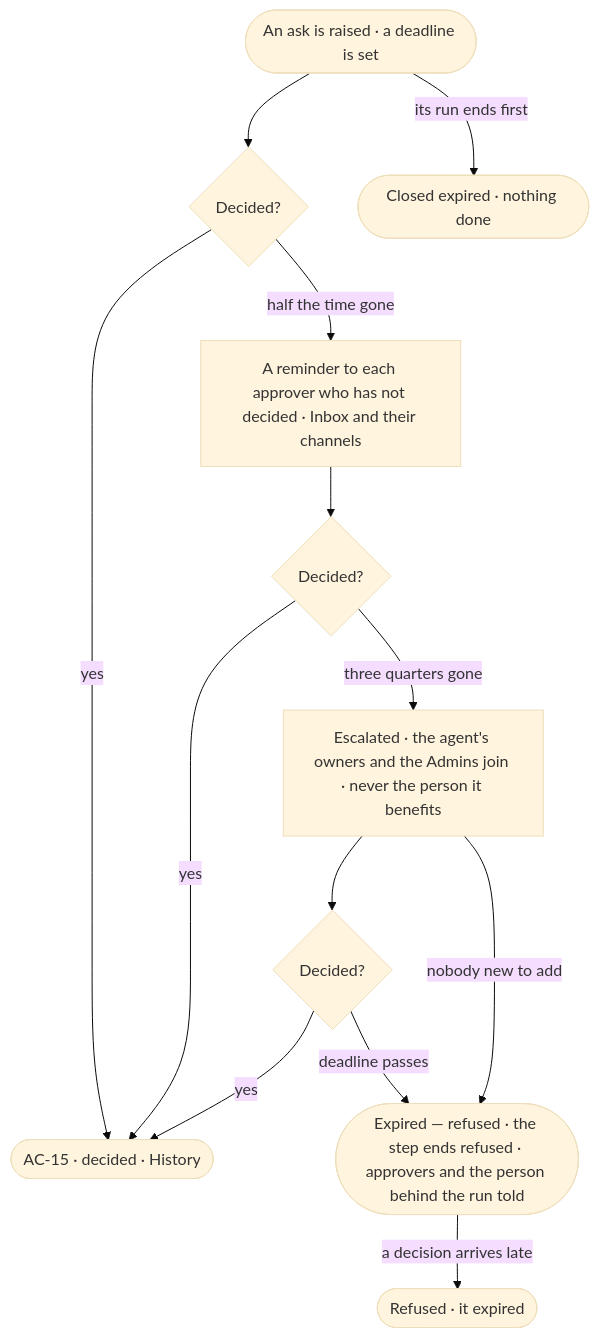
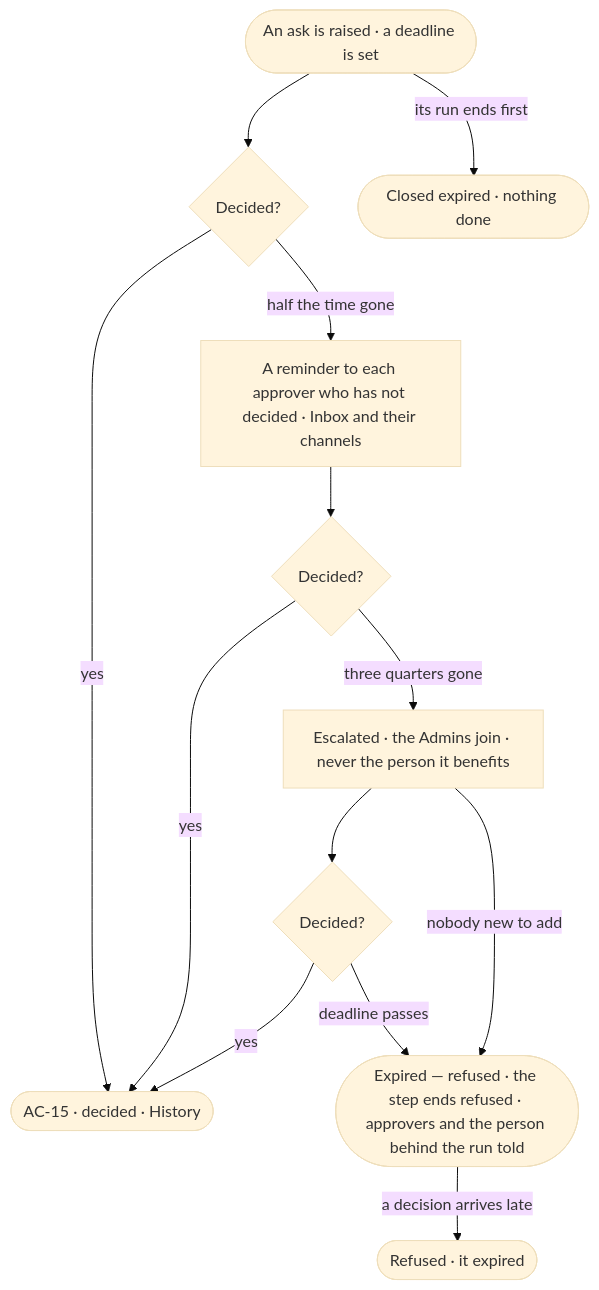
Before and after one commit to invana/invana: the diagram in specs/os/access/features/AC-F05-asks-and-approvals/stories/AC-32-an-unanswered-ask-reminds-escalates-and-expires/story.md, drawn with Mermaid (base theme). The commit also changed other lines of this file and 300 other files, not shown here.

````diff
--- a/specs/os/access/features/AC-F05-asks-and-approvals/stories/AC-32-an-unanswered-ask-reminds-escalates-and-expires/story.md
+++ b/specs/os/access/features/AC-F05-asks-and-approvals/stories/AC-32-an-unanswered-ask-reminds-escalates-and-expires/story.md
@@ -27,15 +27,15 @@
 ```mermaid
 flowchart TD
   r([An ask is raised · a deadline is set]) --> d{"Decided?"}
   d -->|yes| done(["AC-15 · decided · History"])
   d -->|half the time gone| rem["A reminder to each approver who has not decided · Inbox and their channels"]
   rem --> d2{"Decided?"}
   d2 -->|yes| done
-  d2 -->|three quarters gone| esc["Escalated · the agent's owners and the Admins join · never the person it benefits"]
+  d2 -->|three quarters gone| esc["Escalated · the Admins join · never the person it benefits"]
   esc --> d3{"Decided?"}
   d3 -->|yes| done
   d3 -->|deadline passes| exp(["Expired — refused · the step ends refused · approvers and the person behind the run told"])
   r -->|its run ends first| end1(["Closed expired · nothing done"])
   exp -->|a decision arrives late| late(["Refused · it expired"])
   esc -->|nobody new to add| exp
 ```
````
